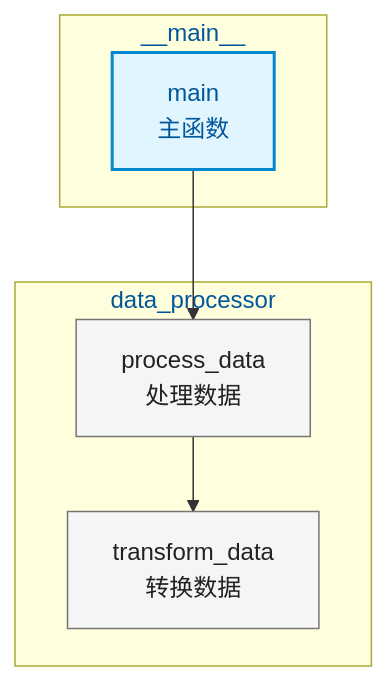
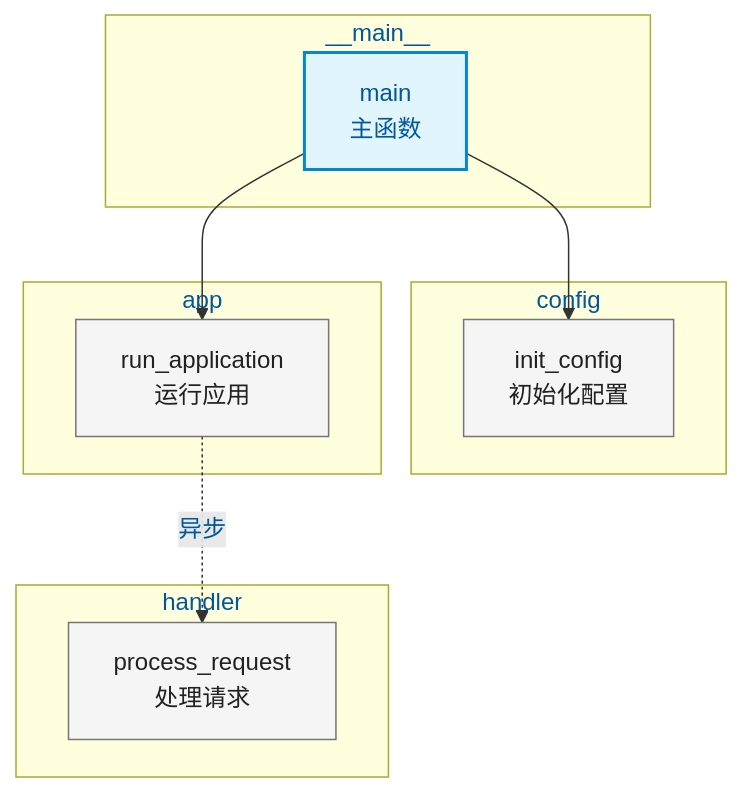
The second of 2 diagrams in .trae/skills/function-call-visualizer/SKILL.md (ws8634/Display-Skill), drawn with Mermaid before and after one commit. The commit also changed other lines of this file and 17 other files, not shown here.

````diff
--- a/.trae/skills/function-call-visualizer/SKILL.md
+++ b/.trae/skills/function-call-visualizer/SKILL.md
@@ -394,17 +529,25 @@
 ```mermaid
 flowchart TD
     classDef root fill:#e1f5fe,stroke:#0288d1,stroke-width:2px,color:#01579b;
     classDef func fill:#f5f5f5,stroke:#757575,stroke-width:1px,color:#212121;
     
-    subgraph main_module [__main__]
-        A[main<br/>主函数]:::root
+    subgraph __main__ [__main__]
+        main[main<br/>主函数]:::root
     end
     
-    subgraph data_processor [data_processor]
-        B[process_data<br/>处理数据]:::func
-        C[transform_data<br/>转换数据]:::func
+    subgraph config [config]
+        init_config[init_config<br/>初始化配置]:::func
     end
     
-    A --> B
-    B --> C
+    subgraph app [app]
+        run_application[run_application<br/>运行应用]:::func
+    end
+    
+    subgraph handler [handler]
+        process_request[process_request<br/>处理请求]:::func
+    end
+    
+    main --> init_config
+    main --> run_application
+    run_application -.->|异步| process_request
 ```
````
